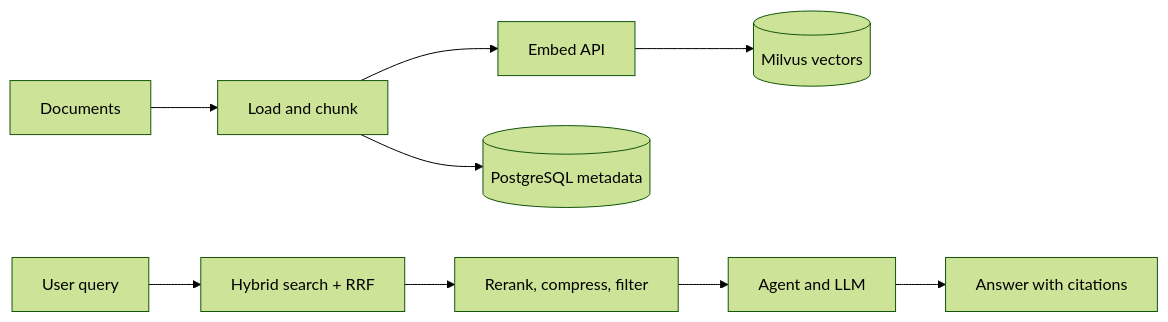
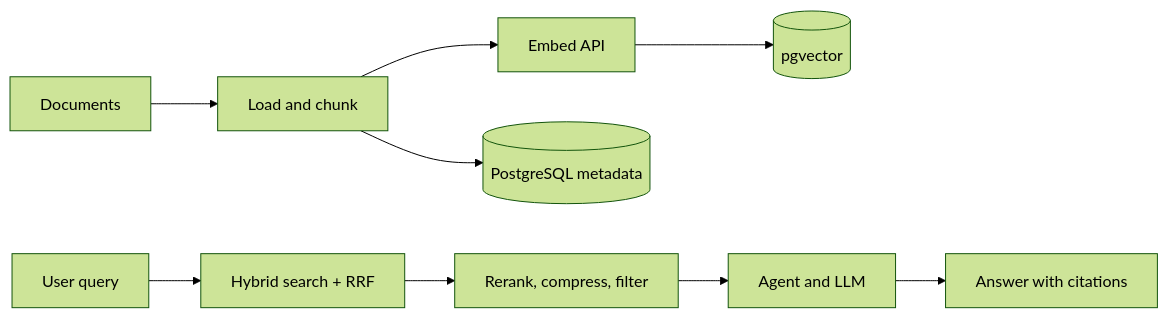
Before and after one commit to lg114/RagMate: the diagram in README.md, drawn with Mermaid (forest theme). The commit also changed other lines of this file and 36 other files, not shown here.

First line of the commit message:
Replace Milvus with pgvector on the existing Postgres. (#27)

````diff
--- a/README.md
+++ b/README.md
@@ -194,11 +195,11 @@
 ```mermaid
 flowchart LR
     D[Documents] --> P[Load and chunk]
     P --> E[Embed API]
-    E --> V[(Milvus vectors)]
+    E --> V[(pgvector)]
     P --> M[(PostgreSQL metadata)]
     Q[User query] --> R[Hybrid search + RRF]
     R --> RR[Rerank, compress, filter]
     RR --> A[Agent and LLM]
     A --> O[Answer with citations]
 ```
````
